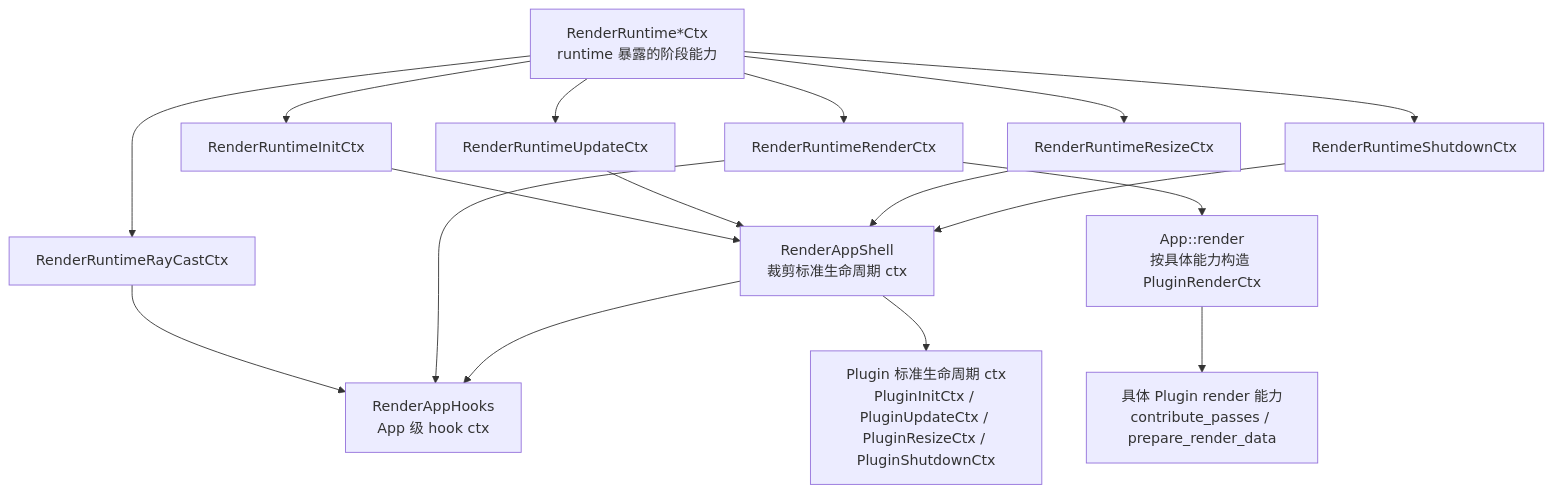
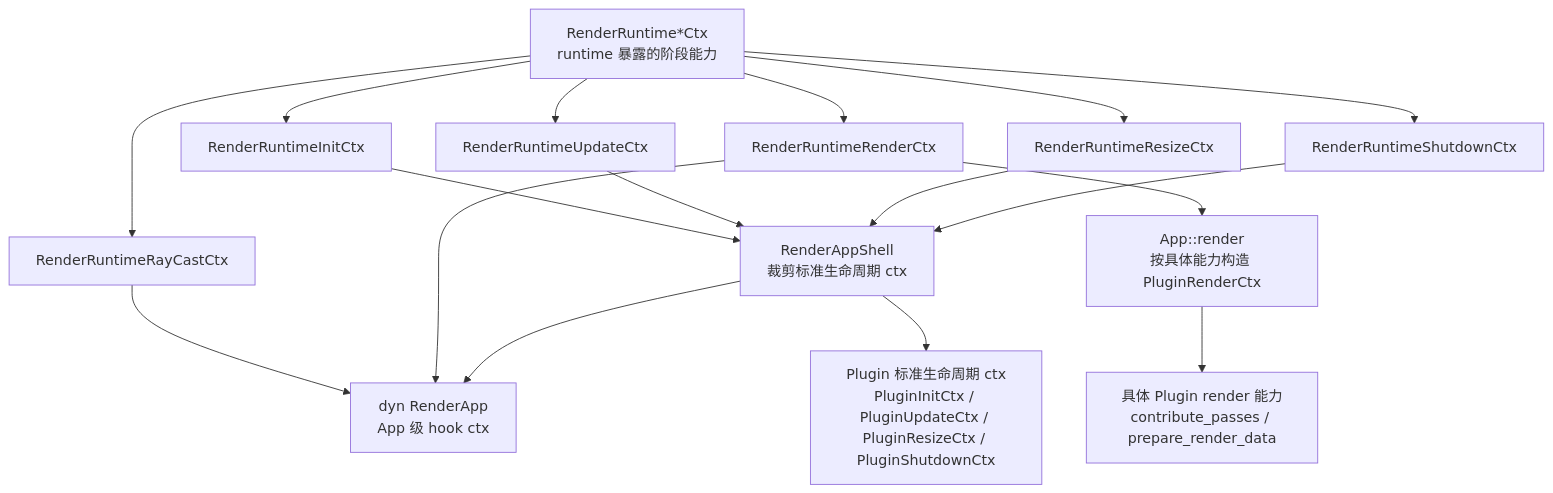
The fifth of 5 diagrams in docs/summaries/frame-lifecycle.md (acccoco/TruvisRenderer), drawn with Mermaid before and after one commit. The commit also changed other lines of this file and 24 other files, not shown here.

Commit message:
[update/app-frame] 收敛 RenderApp 契约并非泛型化 RenderAppShell

````diff
--- a/docs/summaries/frame-lifecycle.md
+++ b/docs/summaries/frame-lifecycle.md
@@ -133,30 +135,30 @@
 ```mermaid
 flowchart TB
     RuntimeCtx["RenderRuntime*Ctx<br/>runtime 暴露的阶段能力"]
     InitCtx["RenderRuntimeInitCtx"]
     UpdateCtx["RenderRuntimeUpdateCtx"]
     RayCtx["RenderRuntimeRayCastCtx"]
     RenderCtx["RenderRuntimeRenderCtx"]
     ResizeCtx["RenderRuntimeResizeCtx"]
     ShutdownCtx["RenderRuntimeShutdownCtx"]
     RuntimeCtx --> InitCtx
     RuntimeCtx --> UpdateCtx
     RuntimeCtx --> RayCtx
     RuntimeCtx --> RenderCtx
     RuntimeCtx --> ResizeCtx
     RuntimeCtx --> ShutdownCtx
     Shell["RenderAppShell<br/>裁剪标准生命周期 ctx"]
-    AppHooks["RenderAppHooks<br/>App 级 hook ctx"]
+    AppHooks["dyn RenderApp<br/>App 级 hook ctx"]
     PluginStd["Plugin 标准生命周期 ctx<br/>PluginInitCtx / PluginUpdateCtx / PluginResizeCtx / PluginShutdownCtx"]
     AppRender["App::render<br/>按具体能力构造 PluginRenderCtx"]
     PluginRender["具体 Plugin render 能力<br/>contribute_passes / prepare_render_data"]
     InitCtx --> Shell
     UpdateCtx --> Shell
     ResizeCtx --> Shell
     ShutdownCtx --> Shell
     RayCtx --> AppHooks
     RenderCtx --> AppHooks
     Shell --> AppHooks
     Shell --> PluginStd
     RenderCtx --> AppRender --> PluginRender
 ```
````
